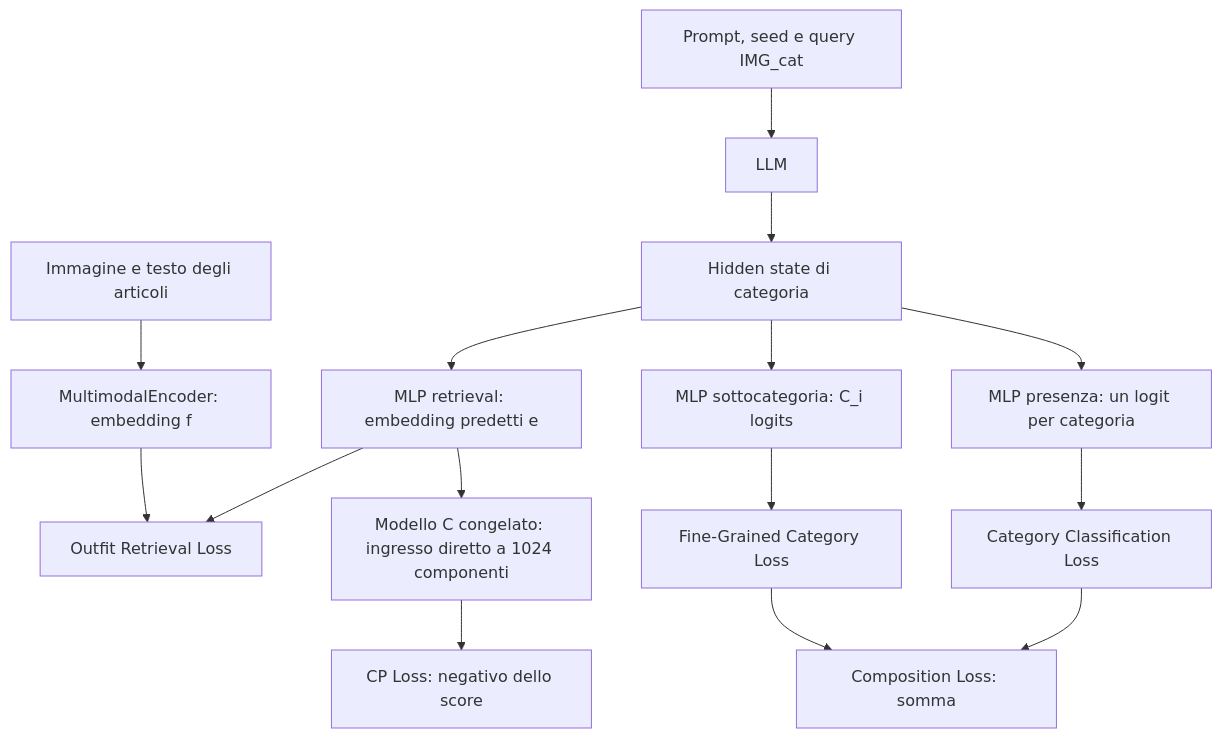
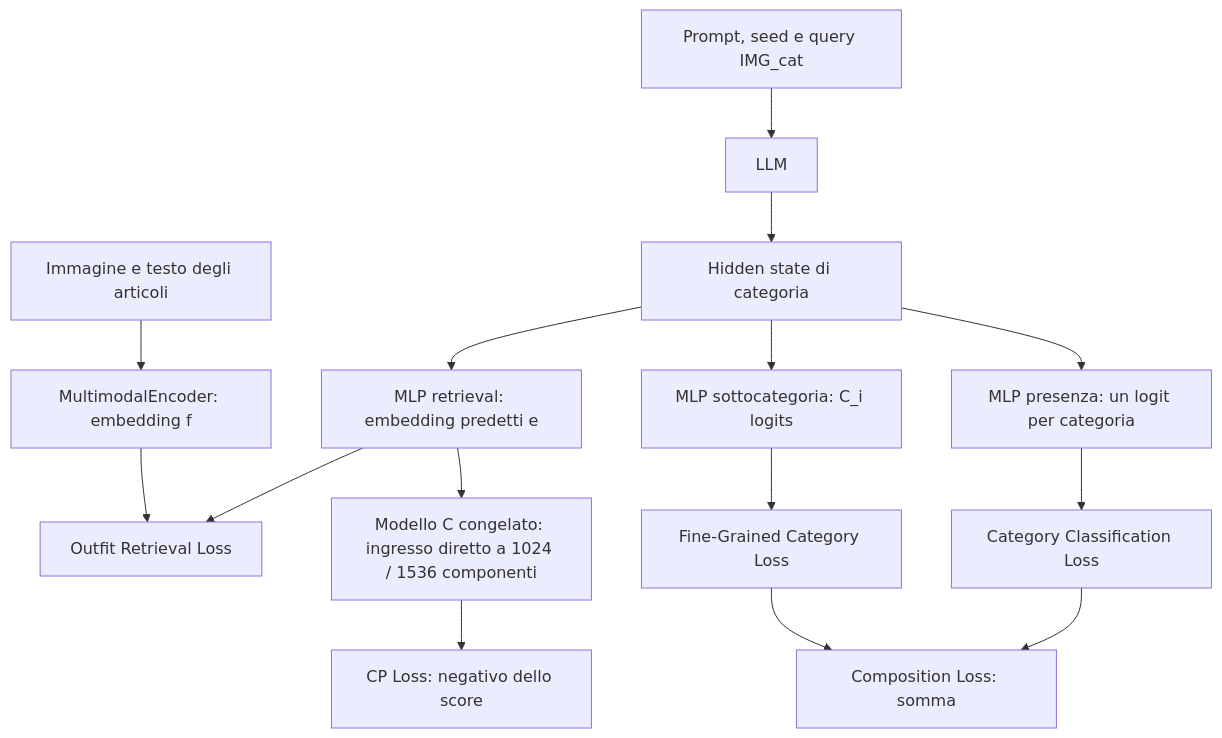
Before and after one commit to FlorindoDev/Text2Outfit: the diagram in model/losses/README.md, drawn with Mermaid. The commit also changed 8 other files, not shown here.

````diff
--- a/model/losses/README.md
+++ b/model/losses/README.md
@@ -39,17 +39,17 @@
 ```mermaid
 flowchart TD
     INPUT["Prompt, seed e query IMG_cat"] --> LLM["LLM"]
     LLM --> H["Hidden state di categoria"]
     H --> RET["MLP retrieval: embedding predetti e"]
     ITEM["Immagine e testo degli articoli"] --> ENCODER["MultimodalEncoder: embedding f"]
     RET --> RL["Outfit Retrieval Loss"]
     ENCODER --> RL
-    RET --> C["Modello C congelato: ingresso diretto a 1024 componenti"]
+    RET --> C["Modello C congelato: ingresso diretto a 1024 / 1536 componenti"]
     C --> CP["CP Loss: negativo dello score"]
     H --> HC["MLP presenza: un logit per categoria"]
     H --> FG["MLP sottocategoria: C_i logits"]
     HC --> HCL["Category Classification Loss"]
     FG --> FGL["Fine-Grained Category Loss"]
     HCL --> COMP["Composition Loss: somma"]
     FGL --> COMP
 ```
````
